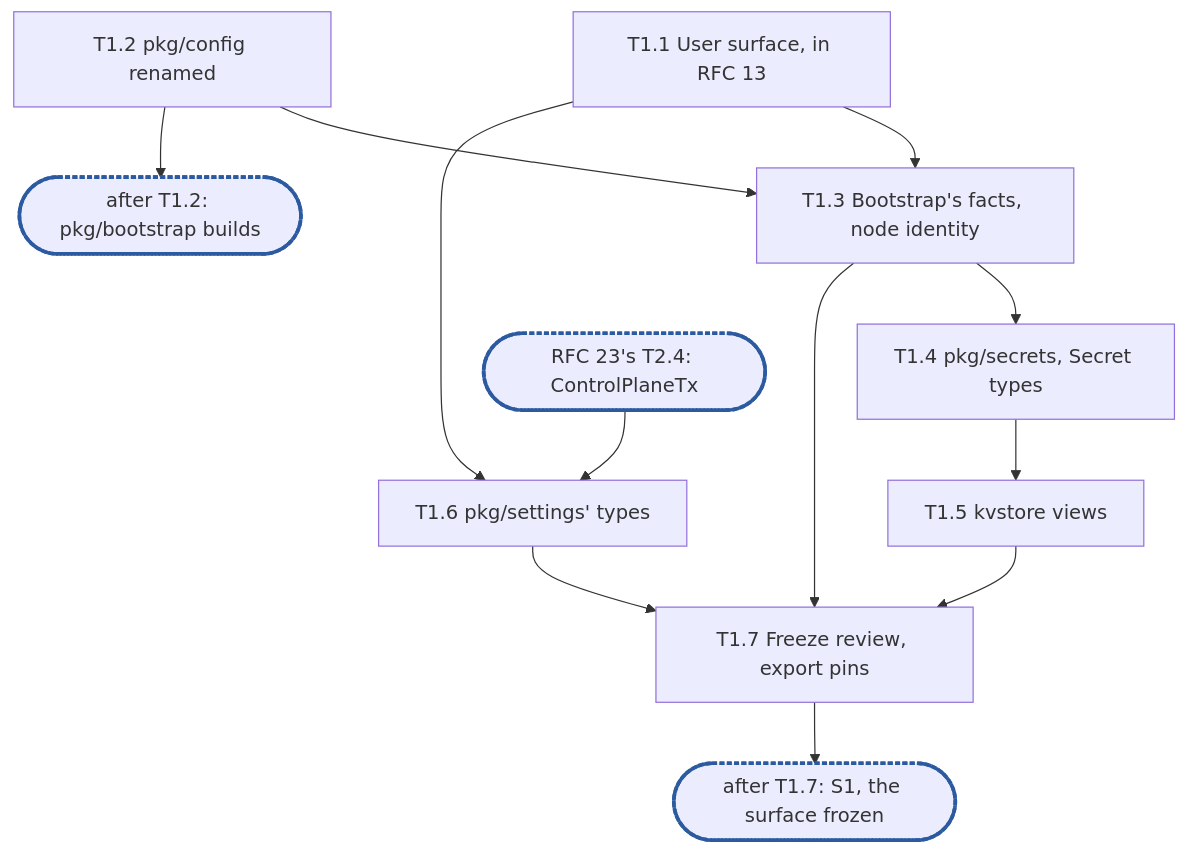
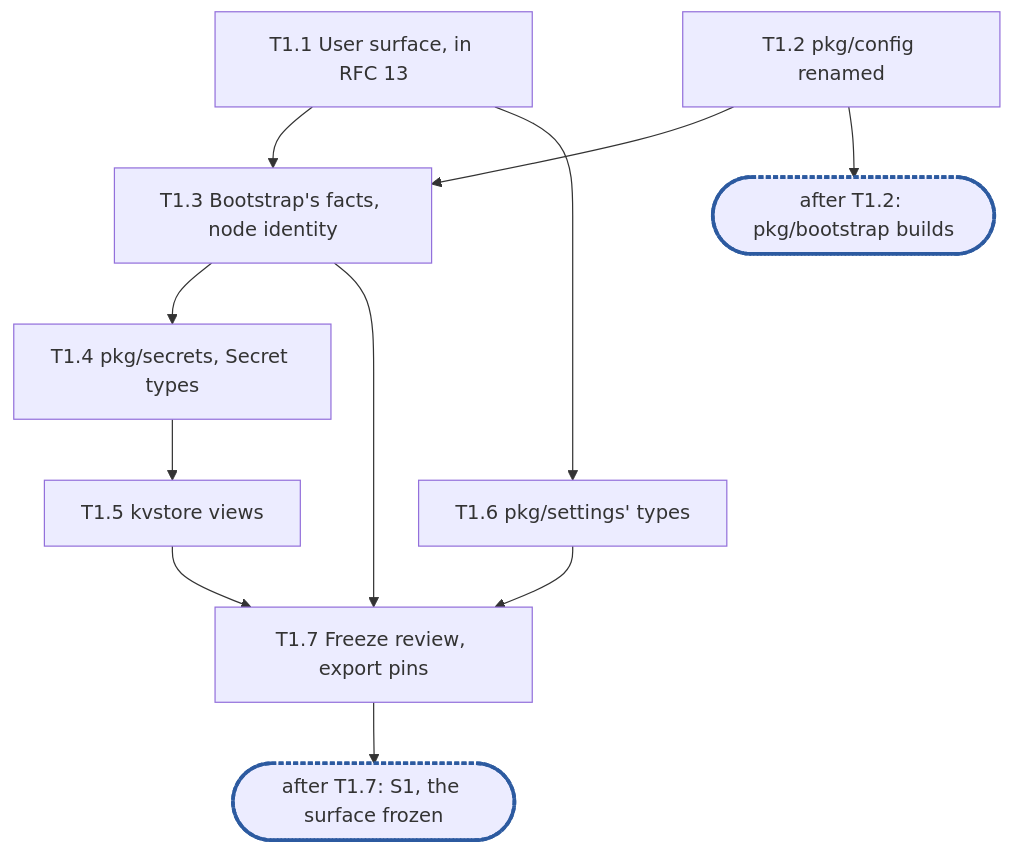
One commit to cubbit/dittofs changed the diagram in docs/internals/planning/rfc-13-config-epic1.md. Above: the diagram before and after it, drawn with Mermaid. The commit also changed other lines of this file, not shown here.

First line of the commit message:
docs(planning): let epic 1 add the settings and secret writes to the transaction

````diff
--- a/docs/internals/planning/rfc-13-config-epic1.md
+++ b/docs/internals/planning/rfc-13-config-epic1.md
@@ -438,13 +439,12 @@
 ```mermaid
 flowchart TD
   T1_1["T1.1 User surface, in RFC 13"] --> T1_3["T1.3 Bootstrap's facts, node identity"]
   T1_2["T1.2 pkg/config renamed"] --> T1_3
   T1_3 --> T1_4["T1.4 pkg/secrets, Secret types"]
   T1_4 --> T1_5["T1.5 kvstore views"]
-  X24(["RFC 23's T2.4: ControlPlaneTx"]):::sync --> T1_6["T1.6 pkg/settings' types"]
-  T1_1 --> T1_6
+  T1_1 --> T1_6["T1.6 pkg/settings' types"]
   T1_3 & T1_5 & T1_6 --> T1_7["T1.7 Freeze review, export pins"]
   T1_7 --> S1(["after T1.7: S1, the surface frozen"]):::sync
   T1_2 --> C1(["after T1.2: pkg/bootstrap builds"]):::sync
   classDef sync stroke:#2c5aa0,stroke-width:3px,stroke-dasharray:4 2
 ```
````
